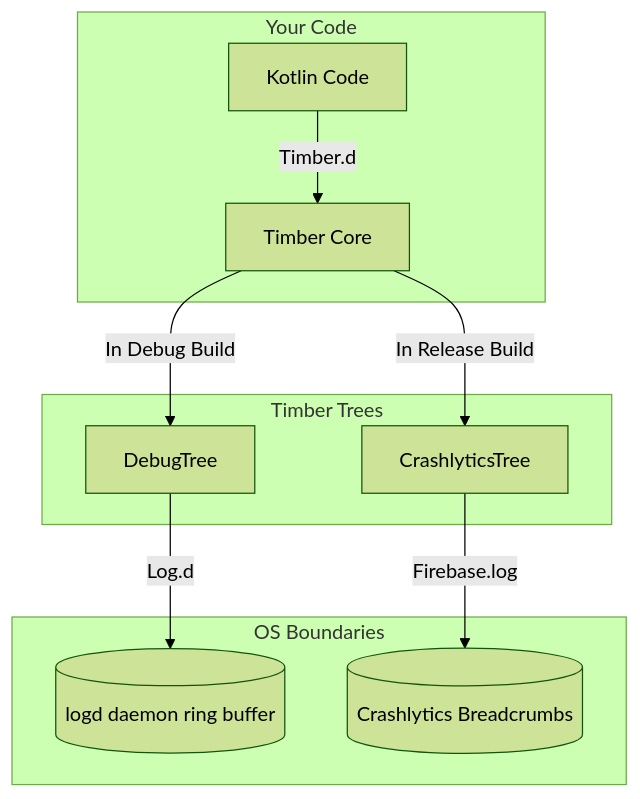
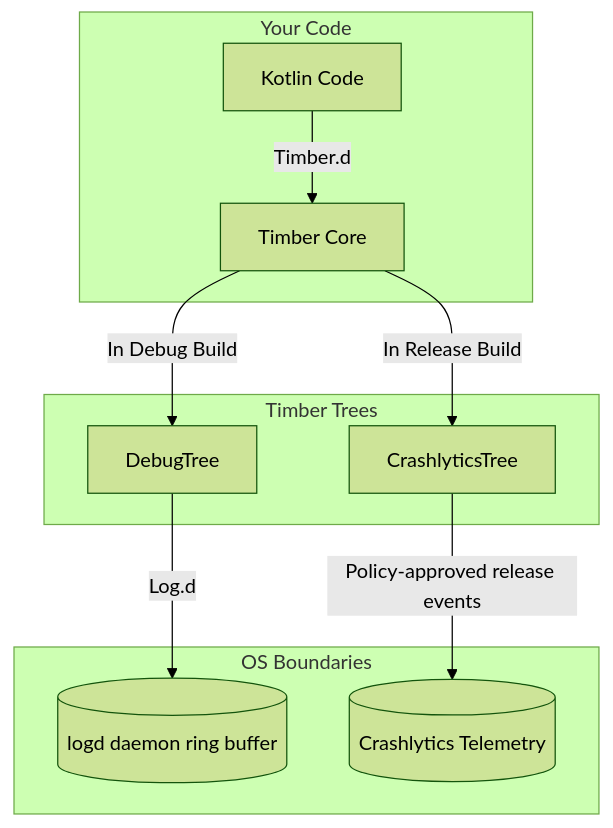
The diagram in android/observability/logging.md (swarnsingh/android-staff-engineer-playbook-website), drawn with Mermaid (forest theme) before and after one commit. The commit also changed other lines of this file and 11 other files, not shown here.

````diff
--- a/android/observability/logging.md
+++ b/android/observability/logging.md
@@ -95,16 +94,16 @@
 ```mermaid
 graph TD
     subgraph "Your Code"
         App[Kotlin Code] -->|Timber.d| Timber[Timber Core]
     end
     
     subgraph "Timber Trees"
         Timber -->|In Debug Build| DTree[DebugTree]
         Timber -->|In Release Build| RTree[CrashlyticsTree]
     end
     
     subgraph "OS Boundaries"
         DTree -->|Log.d| Logd[(logd daemon ring buffer)]
-        RTree -->|Firebase.log| Firebase[(Crashlytics Breadcrumbs)]
+        RTree -->|Policy-approved release events| Firebase[(Crashlytics Telemetry)]
     end
 ```
````
